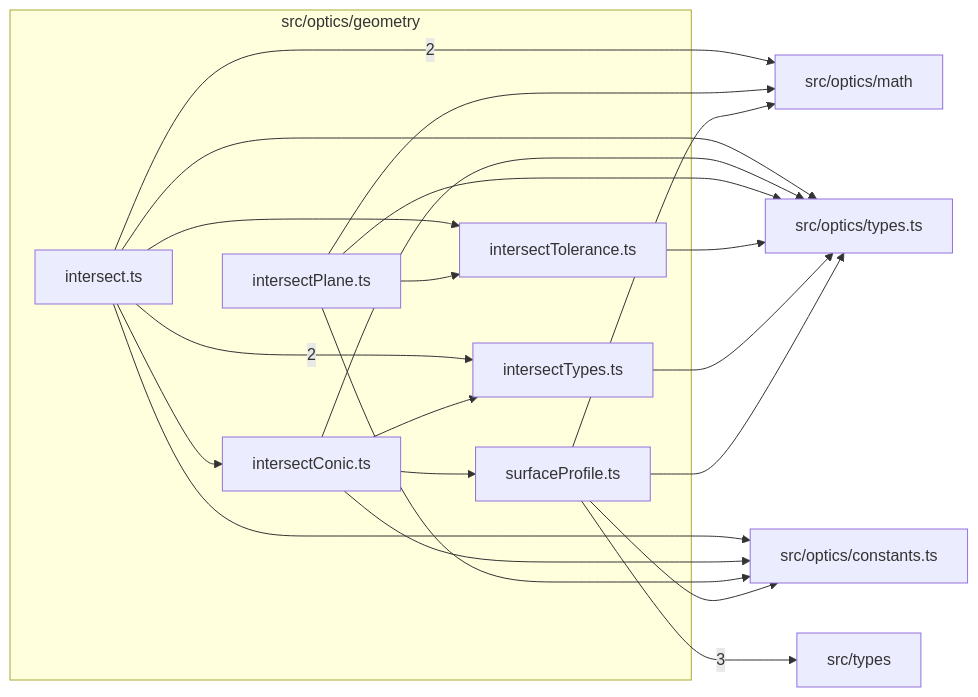
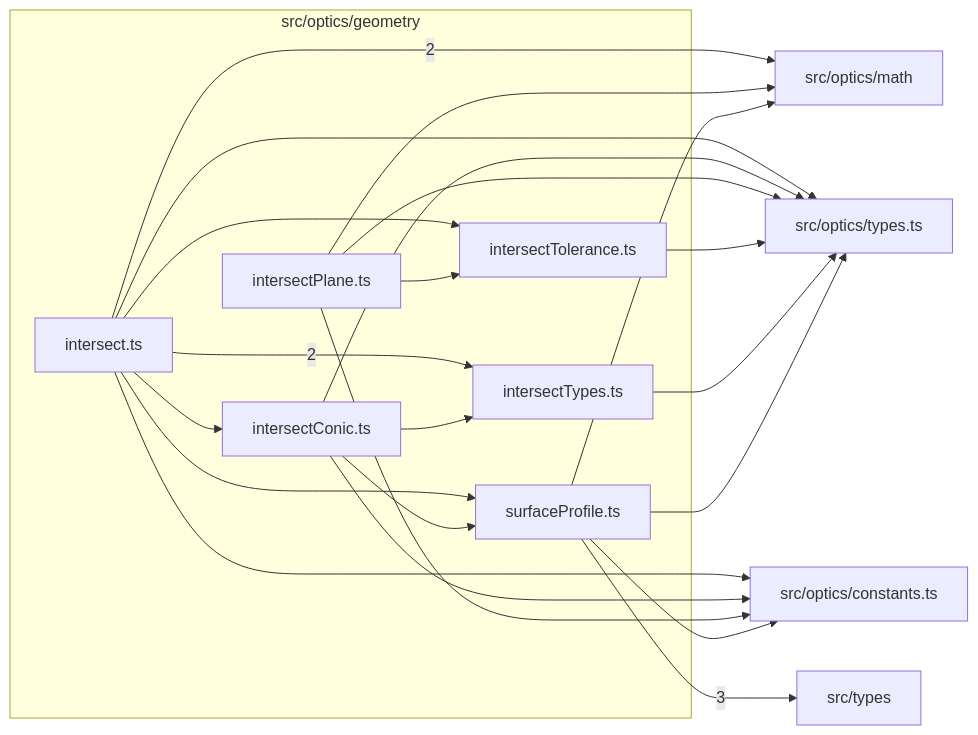
The diagram in src/optics/geometry/readme.md (ronbuening/LensVisualizer), drawn with Mermaid before and after one commit. The commit also changed other lines of this file and 8 other files, not shown here.

````diff
--- a/src/optics/geometry/readme.md
+++ b/src/optics/geometry/readme.md
@@ -9,35 +9,36 @@
 ```mermaid
 flowchart LR
   subgraph n_src_optics_geometry["src/optics/geometry"]
     n_src_optics_geometry_src_optics_geometry_intersect_ts["intersect.ts"]
     n_src_optics_geometry_src_optics_geometry_intersectConic_ts["intersectConic.ts"]
     n_src_optics_geometry_src_optics_geometry_intersectPlane_ts["intersectPlane.ts"]
     n_src_optics_geometry_src_optics_geometry_intersectTolerance_ts["intersectTolerance.ts"]
     n_src_optics_geometry_src_optics_geometry_intersectTypes_ts["intersectTypes.ts"]
     n_src_optics_geometry_src_optics_geometry_surfaceProfile_ts["surfaceProfile.ts"]
   end
   n_external_src_types["src/types"]
   n_external_src_optics_math["src/optics/math"]
   n_external_src_optics_constants_ts["src/optics/constants.ts"]
   n_external_src_optics_types_ts["src/optics/types.ts"]
   n_src_optics_geometry_src_optics_geometry_surfaceProfile_ts --> |3| n_external_src_types
   n_src_optics_geometry_src_optics_geometry_intersect_ts --> |2| n_external_src_optics_math
   n_src_optics_geometry_src_optics_geometry_intersect_ts --> |2| n_src_optics_geometry_src_optics_geometry_intersectTypes_ts
   n_src_optics_geometry_src_optics_geometry_intersect_ts --> n_external_src_optics_constants_ts
   n_src_optics_geometry_src_optics_geometry_intersectConic_ts --> n_external_src_optics_constants_ts
   n_src_optics_geometry_src_optics_geometry_intersectPlane_ts --> n_external_src_optics_constants_ts
   n_src_optics_geometry_src_optics_geometry_surfaceProfile_ts --> n_external_src_optics_constants_ts
   n_src_optics_geometry_src_optics_geometry_intersectPlane_ts --> n_external_src_optics_math
   n_src_optics_geometry_src_optics_geometry_surfaceProfile_ts --> n_external_src_optics_math
   n_src_optics_geometry_src_optics_geometry_intersect_ts --> n_external_src_optics_types_ts
   n_src_optics_geometry_src_optics_geometry_intersectConic_ts --> n_external_src_optics_types_ts
   n_src_optics_geometry_src_optics_geometry_intersectPlane_ts --> n_external_src_optics_types_ts
   n_src_optics_geometry_src_optics_geometry_intersectTolerance_ts --> n_external_src_optics_types_ts
   n_src_optics_geometry_src_optics_geometry_intersectTypes_ts --> n_external_src_optics_types_ts
   n_src_optics_geometry_src_optics_geometry_surfaceProfile_ts --> n_external_src_optics_types_ts
   n_src_optics_geometry_src_optics_geometry_intersect_ts --> n_src_optics_geometry_src_optics_geometry_intersectConic_ts
   n_src_optics_geometry_src_optics_geometry_intersect_ts --> n_src_optics_geometry_src_optics_geometry_intersectTolerance_ts
   n_src_optics_geometry_src_optics_geometry_intersectPlane_ts --> n_src_optics_geometry_src_optics_geometry_intersectTolerance_ts
   n_src_optics_geometry_src_optics_geometry_intersectConic_ts --> n_src_optics_geometry_src_optics_geometry_intersectTypes_ts
+  n_src_optics_geometry_src_optics_geometry_intersect_ts --> n_src_optics_geometry_src_optics_geometry_surfaceProfile_ts
   n_src_optics_geometry_src_optics_geometry_intersectConic_ts --> n_src_optics_geometry_src_optics_geometry_surfaceProfile_ts
 ```
````
